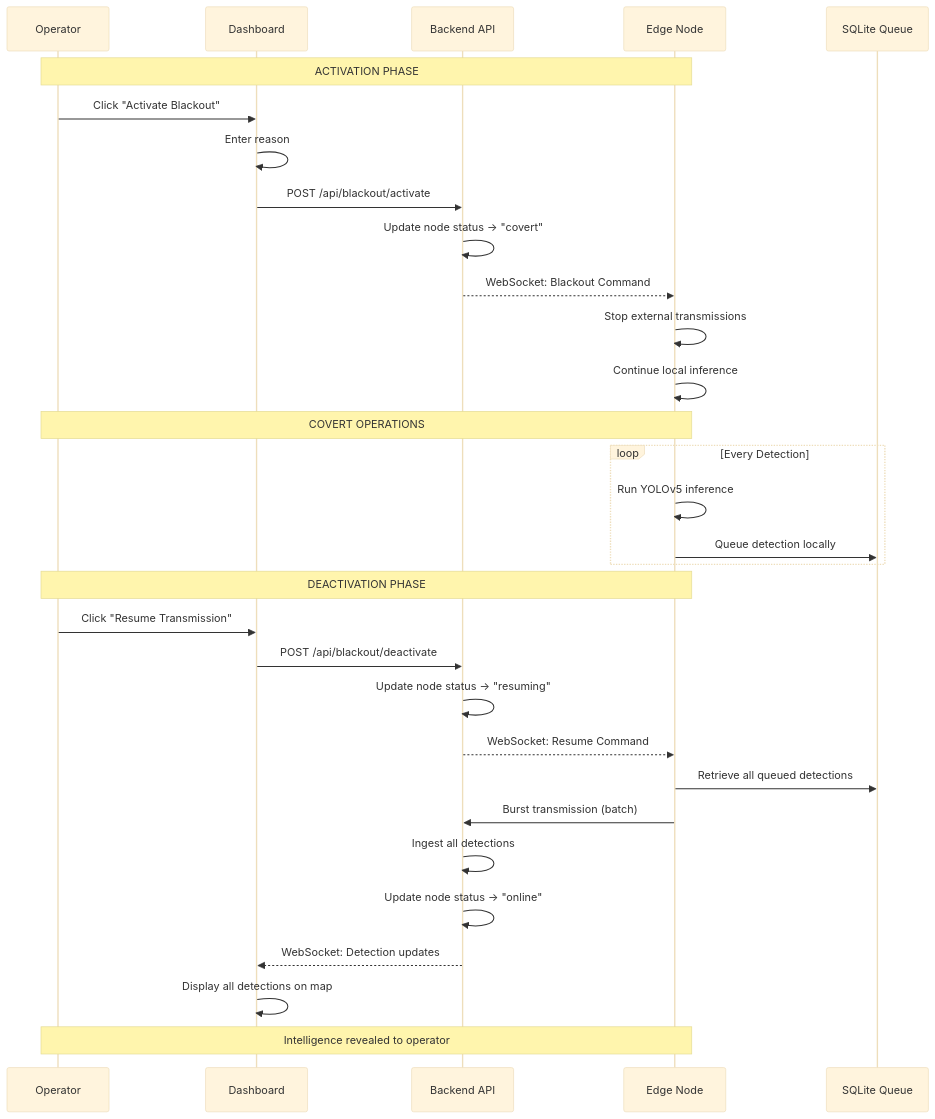
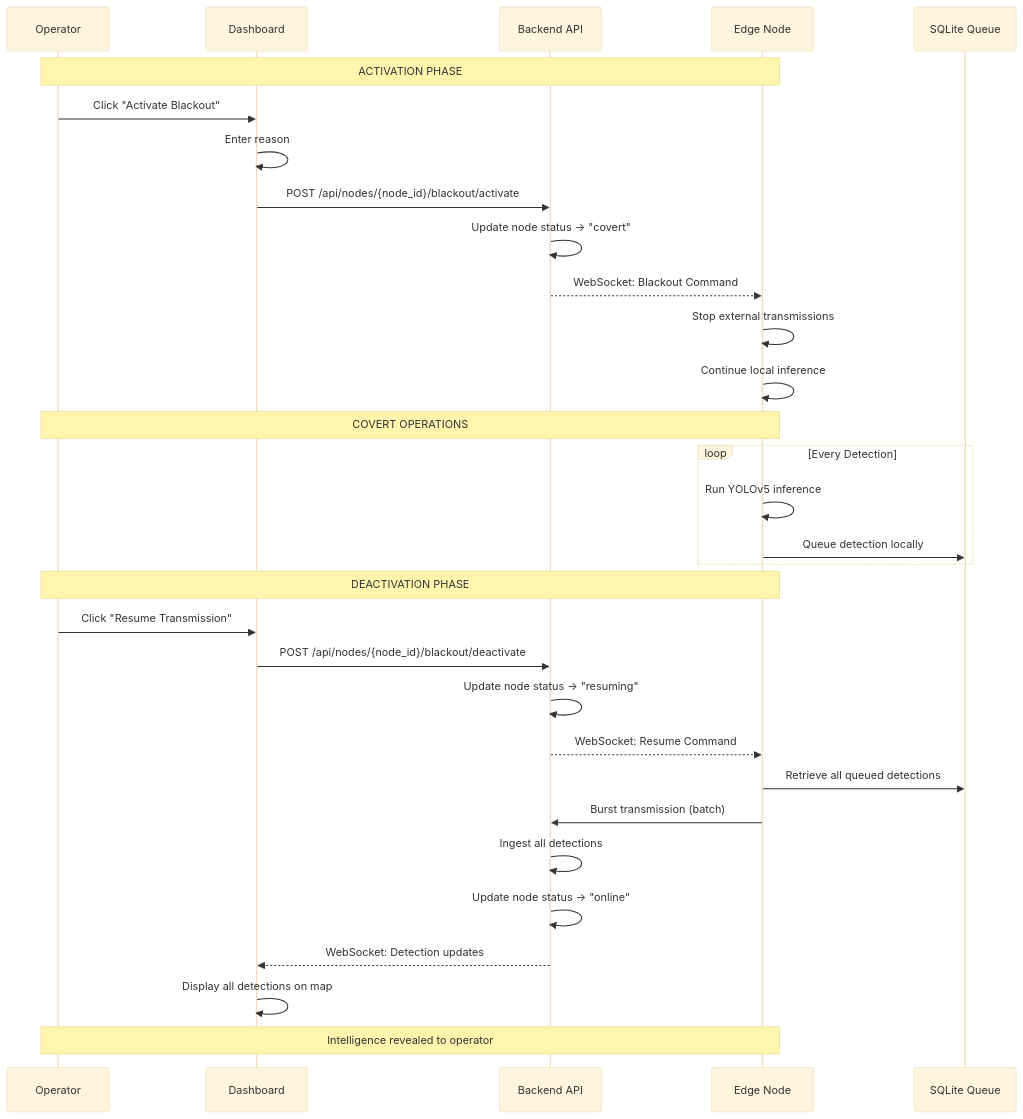
One commit to samblam/SentinelV2 changed the second of 4 diagrams in README.md. Above: the diagram before and after it, drawn with Mermaid (base theme). The commit also changed other lines of this file and 20 other files, not shown here.

````diff
--- a/README.md
+++ b/README.md
@@ -141,37 +142,37 @@
 ```mermaid
 sequenceDiagram
     participant O as Operator
     participant D as Dashboard
     participant B as Backend API
     participant E as Edge Node
     participant Q as SQLite Queue
 
     Note over O,E: ACTIVATION PHASE
     O->>D: Click "Activate Blackout"
     D->>D: Enter reason
-    D->>B: POST /api/blackout/activate
+    D->>B: POST /api/nodes/{node_id}/blackout/activate
     B->>B: Update node status → "covert"
     B-->>E: WebSocket: Blackout Command
     E->>E: Stop external transmissions
     E->>E: Continue local inference
 
     Note over O,E: COVERT OPERATIONS
     loop Every Detection
         E->>E: Run YOLOv5 inference
         E->>Q: Queue detection locally
     end
 
     Note over O,E: DEACTIVATION PHASE
     O->>D: Click "Resume Transmission"
-    D->>B: POST /api/blackout/deactivate
+    D->>B: POST /api/nodes/{node_id}/blackout/deactivate
     B->>B: Update node status → "resuming"
     B-->>E: WebSocket: Resume Command
     E->>Q: Retrieve all queued detections
     E->>B: Burst transmission (batch)
     B->>B: Ingest all detections
     B->>B: Update node status → "online"
     B-->>D: WebSocket: Detection updates
     D->>D: Display all detections on map
 
     Note over O,E: Intelligence revealed to operator
 ```
````
